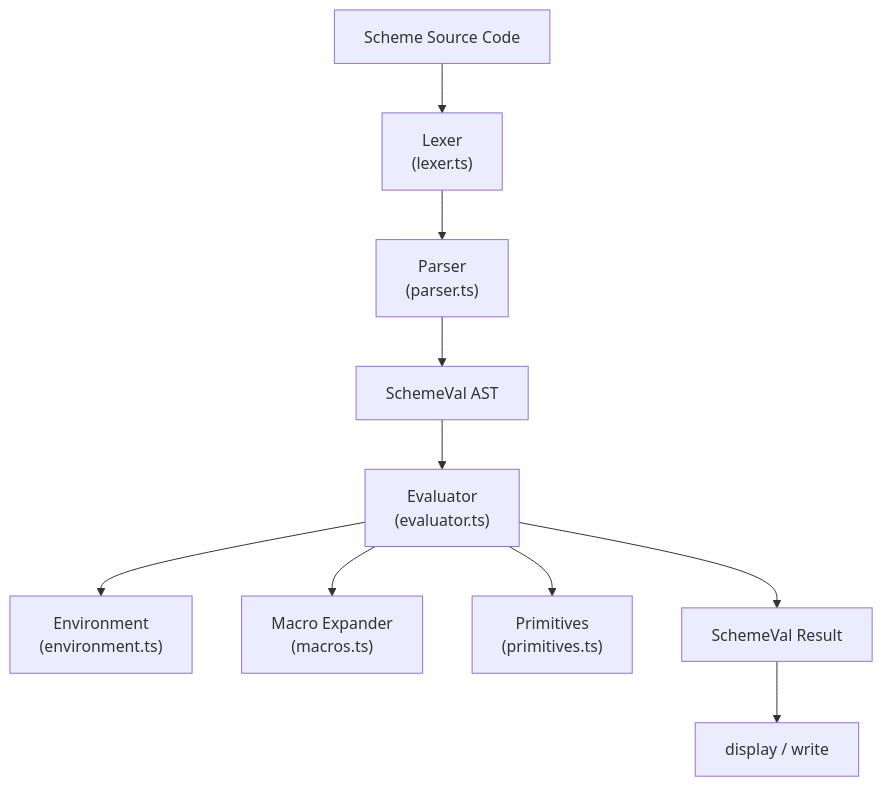
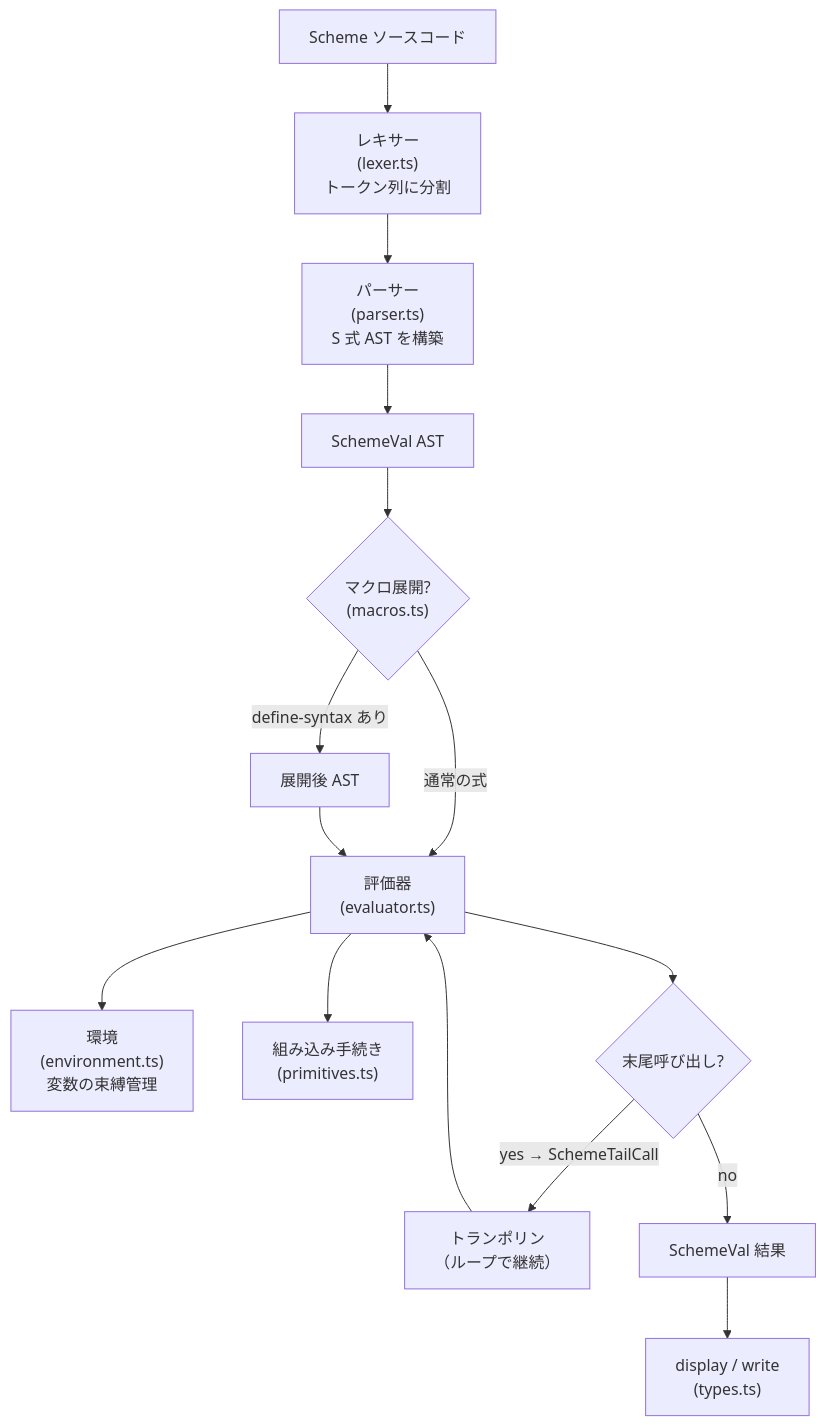
The first of 6 diagrams in docs/ONBOARDING.md (suchi/sucheme-ts), drawn with Mermaid before and after one commit. The commit also changed other lines of this file and 6 other files, not shown here.

First line of the commit message:
Translate all docs to Japanese and add Mermaid diagrams

````diff
--- a/docs/ONBOARDING.md
+++ b/docs/ONBOARDING.md
@@ -114,12 +116,17 @@
 ```mermaid
 flowchart TD
-    Source["Scheme Source Code"] --> Lexer["Lexer\n(lexer.ts)"]
-    Lexer --> Parser["Parser\n(parser.ts)"]
+    Source["Scheme ソースコード"] --> Lexer["レキサー\n(lexer.ts)\nトークン列に分割"]
+    Lexer --> Parser["パーサー\n(parser.ts)\nS 式 AST を構築"]
     Parser --> AST["SchemeVal AST"]
-    AST --> Evaluator["Evaluator\n(evaluator.ts)"]
-    Evaluator --> Env["Environment\n(environment.ts)"]
-    Evaluator --> Macros["Macro Expander\n(macros.ts)"]
-    Evaluator --> Prims["Primitives\n(primitives.ts)"]
-    Evaluator --> Result["SchemeVal Result"]
-    Result --> Display["display / write"]
+    AST --> MacroExpand{"マクロ展開?\n(macros.ts)"}
+    MacroExpand -- "define-syntax あり" --> Expanded["展開後 AST"]
+    MacroExpand -- "通常の式" --> Evaluator
+    Expanded --> Evaluator["評価器\n(evaluator.ts)"]
+    Evaluator --> Env["環境\n(environment.ts)\n変数の束縛管理"]
+    Evaluator --> Prims["組み込み手続き\n(primitives.ts)"]
+    Evaluator --> TCO{"末尾呼び出し?"}
+    TCO -- "yes → SchemeTailCall" --> Trampoline["トランポリン\n（ループで継続）"]
+    TCO -- "no" --> Result["SchemeVal 結果"]
+    Trampoline --> Evaluator
+    Result --> Display["display / write\n(types.ts)"]
 ```
````
